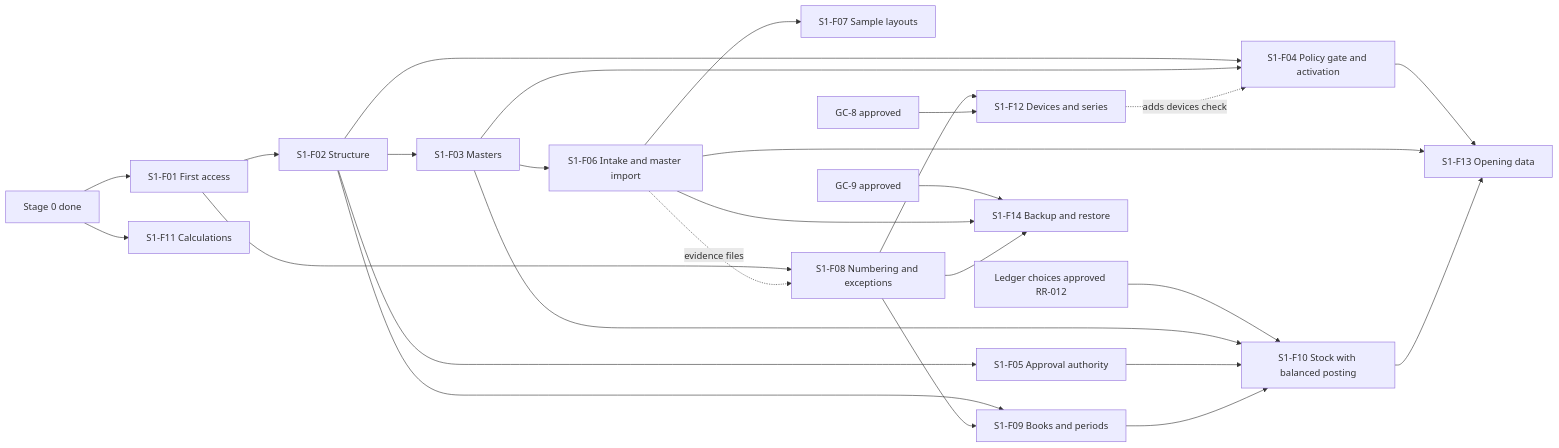
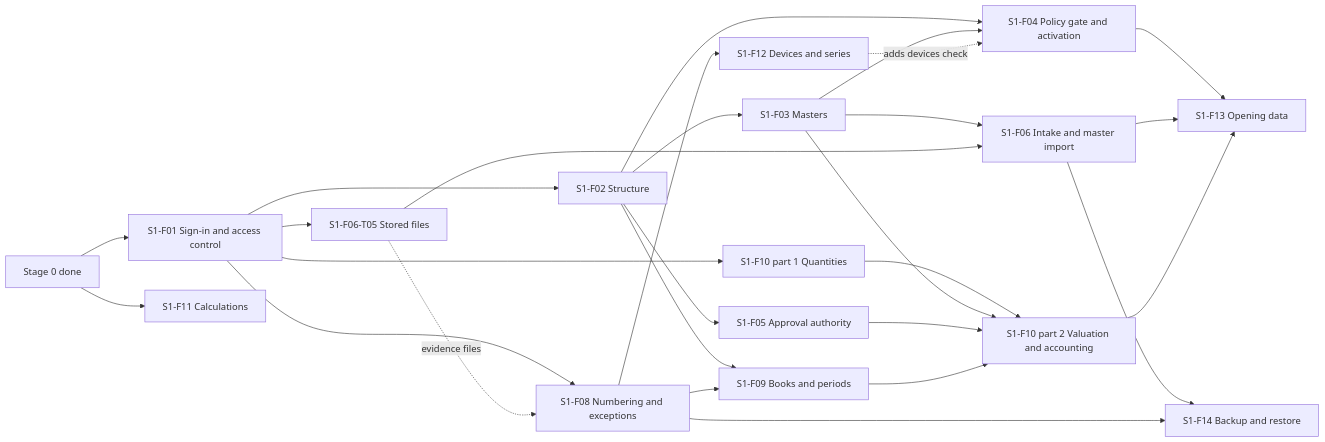
One commit to bruhanand/apparel-os changed the diagram in docs/plan/stage-1/README.md. Above: the diagram before and after it, drawn with Mermaid. The commit also changed other lines of this file and 93 other files, not shown here.

````diff
--- a/docs/plan/stage-1/README.md
+++ b/docs/plan/stage-1/README.md
@@ -67,29 +69,29 @@
 ```mermaid
 flowchart LR
-  S0[Stage 0 done] --> F01[S1-F01 First access]
+  S0[Stage 0 done] --> F01[S1-F01 Sign-in and access control]
   S0 --> F11[S1-F11 Calculations]
+  F01 --> T05[S1-F06-T05 Stored files]
+  F01 --> F10A[S1-F10 part 1 Quantities]
   F01 --> F02[S1-F02 Structure]
   F02 --> F05[S1-F05 Approval authority]
   F02 --> F03[S1-F03 Masters]
   F02 --> F04[S1-F04 Policy gate and activation]
   F03 --> F04
   F03 --> F06[S1-F06 Intake and master import]
-  F06 --> F07[S1-F07 Sample layouts]
+  T05 --> F06
   F01 --> F08[S1-F08 Numbering and exceptions]
-  F06 -. evidence files .-> F08
+  T05 -. evidence files .-> F08
   F02 --> F09[S1-F09 Books and periods]
   F08 --> F09
   F08 --> F12[S1-F12 Devices and series]
-  D3[GC-8 approved] --> F12
   F12 -. adds devices check .-> F04
-  D1[Ledger choices approved RR-012] --> F10[S1-F10 Stock with balanced posting]
+  F10A --> F10[S1-F10 part 2 Valuation and accounting]
   F03 --> F10
   F05 --> F10
   F09 --> F10
   F04 --> F13[S1-F13 Opening data]
   F06 --> F13
   F10 --> F13
-  D2[GC-9 approved] --> F14[S1-F14 Backup and restore]
-  F06 --> F14
+  F06 --> F14[S1-F14 Backup and restore]
   F08 --> F14
 ```
````
